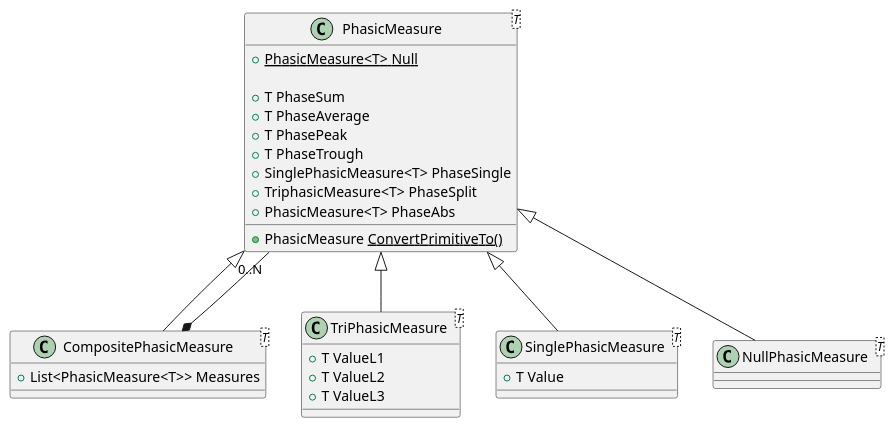
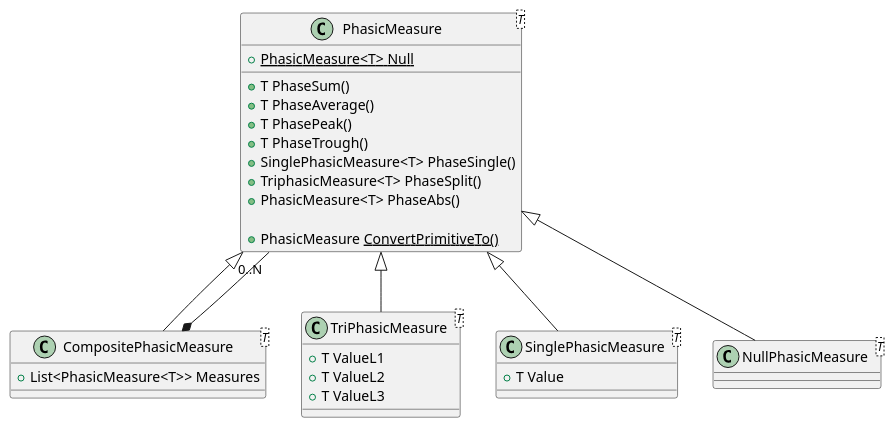
Diagram 11 of 36 in docs/wiki/en/structure/business.md (altibiz/ozds), drawn with PlantUML before and after one commit. The commit also changed other lines of this file and 53 other files, not shown here.

````diff
--- a/docs/wiki/en/structure/business.md
+++ b/docs/wiki/en/structure/business.md
@@ -350,46 +350,46 @@
 ```plantuml
 @startuml
 
 class PhasicMeasure<T>
 {
   + {static} PhasicMeasure<T> Null
 
-  + T PhaseSum
-  + T PhaseAverage
-  + T PhasePeak
-  + T PhaseTrough
-  + SinglePhasicMeasure<T> PhaseSingle
-  + TriphasicMeasure<T> PhaseSplit
-  + PhasicMeasure<T> PhaseAbs
+  + T PhaseSum()
+  + T PhaseAverage()
+  + T PhasePeak()
+  + T PhaseTrough()
+  + SinglePhasicMeasure<T> PhaseSingle()
+  + TriphasicMeasure<T> PhaseSplit()
+  + PhasicMeasure<T> PhaseAbs()
 
   + PhasicMeasure<U> ConvertPrimitiveTo<U>()
 }
 
 class CompositePhasicMeasure<T>
 {
   + List<PhasicMeasure<T>> Measures
 }
 
 class TriPhasicMeasure<T>
 {
   + T ValueL1
   + T ValueL2
   + T ValueL3
 }
 
 class SinglePhasicMeasure<T>
 {
   + T Value
 }
 
 class NullPhasicMeasure<T>
 
 CompositePhasicMeasure *-- "0..N" PhasicMeasure
 
 PhasicMeasure <|-- SinglePhasicMeasure
 PhasicMeasure <|-- TriPhasicMeasure
 PhasicMeasure <|-- NullPhasicMeasure
 PhasicMeasure <|-- CompositePhasicMeasure
 
 @enduml
 ```
````
